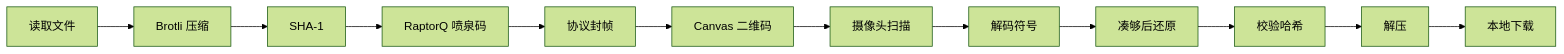
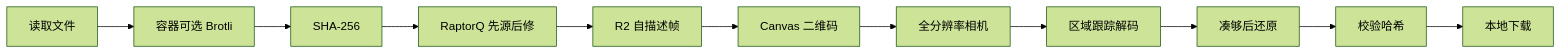
One commit to Endy-fei/raysend changed the diagram in README.md. Above: the diagram before and after it, drawn with Mermaid (forest theme). The commit also changed other lines of this file and 62 other files, not shown here.

````diff
--- a/README.md
+++ b/README.md
@@ -111,14 +112,13 @@
 ```mermaid
 flowchart LR
-  A[读取文件] --> B[Brotli 压缩]
-  B --> C[SHA-1]
-  C --> D[RaptorQ 喷泉码]
-  D --> E[协议封帧]
+  A[读取文件] --> B[容器可选 Brotli]
+  B --> C[SHA-256]
+  C --> D[RaptorQ 先源后修]
+  D --> E[R2 自描述帧]
   E --> F[Canvas 二维码]
-  F --> G[摄像头扫描]
-  G --> H[解码符号]
+  F --> G[全分辨率相机]
+  G --> H[区域跟踪解码]
   H --> I[凑够后还原]
   I --> J[校验哈希]
-  J --> K[解压]
-  K --> L[本地下载]
+  J --> K[本地下载]
 ```
````
